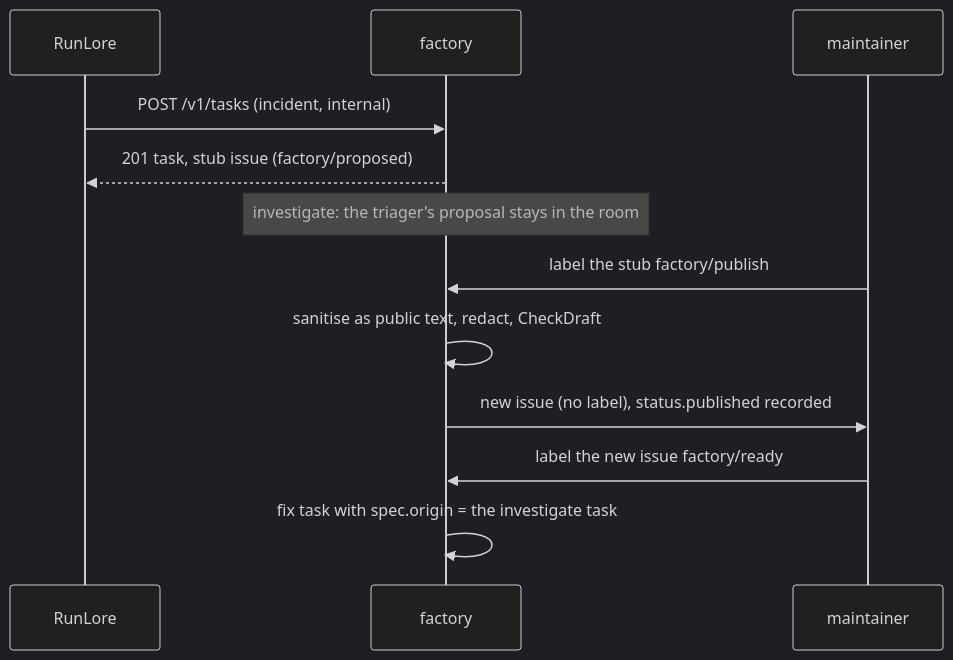
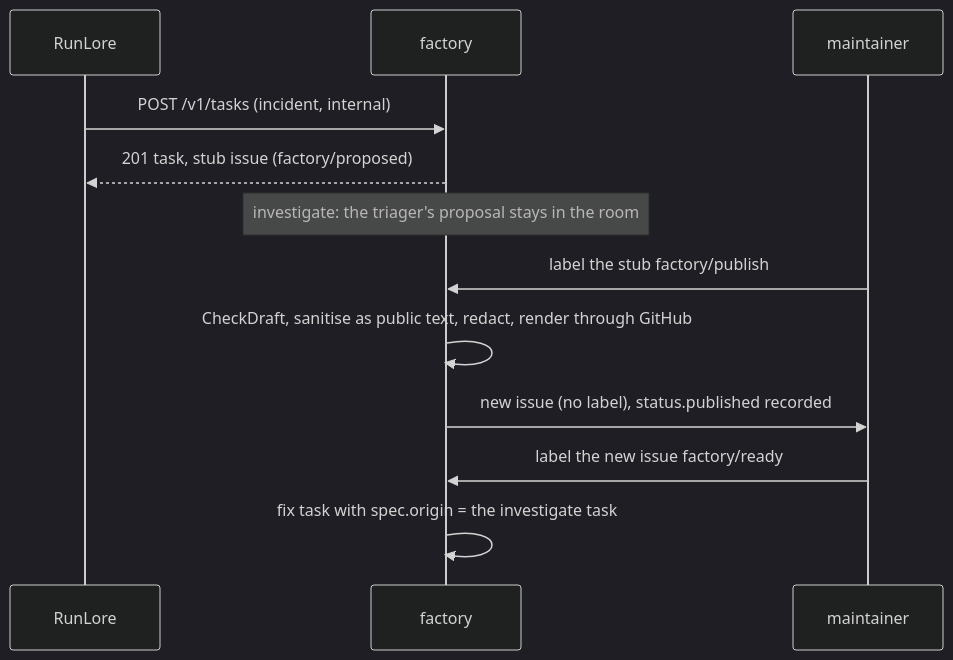
Before and after one commit to Smana/maku: the seventh of 8 diagrams in docs/factory.md, drawn with Mermaid (dark theme). The commit also changed other lines of this file and 10 other files, not shown here.

First line of the commit message:
feat(factory): refuse to publish what GitHub renders live

````diff
--- a/docs/factory.md
+++ b/docs/factory.md
@@ -695,14 +695,14 @@
 ```mermaid
 sequenceDiagram
   participant R as RunLore
   participant F as factory
   participant M as maintainer
   R->>F: POST /v1/tasks (incident, internal)
   F-->>R: 201 task, stub issue (factory/proposed)
   Note over F: investigate: the triager's proposal stays in the room
   M->>F: label the stub factory/publish
-  F->>F: sanitise as public text, redact, CheckDraft
+  F->>F: CheckDraft, sanitise as public text, redact, render through GitHub
   F->>M: new issue (no label), status.published recorded
   M->>F: label the new issue factory/ready
   F->>F: fix task with spec.origin = the investigate task
 ```
````
